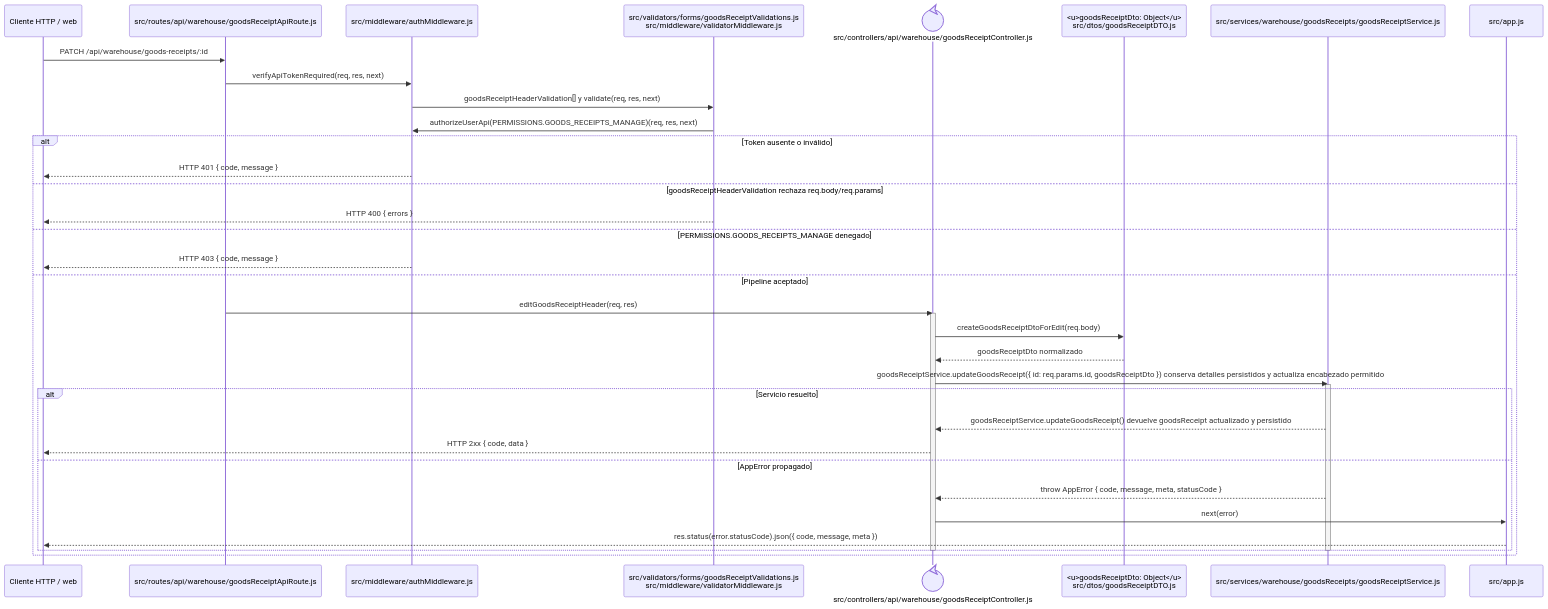
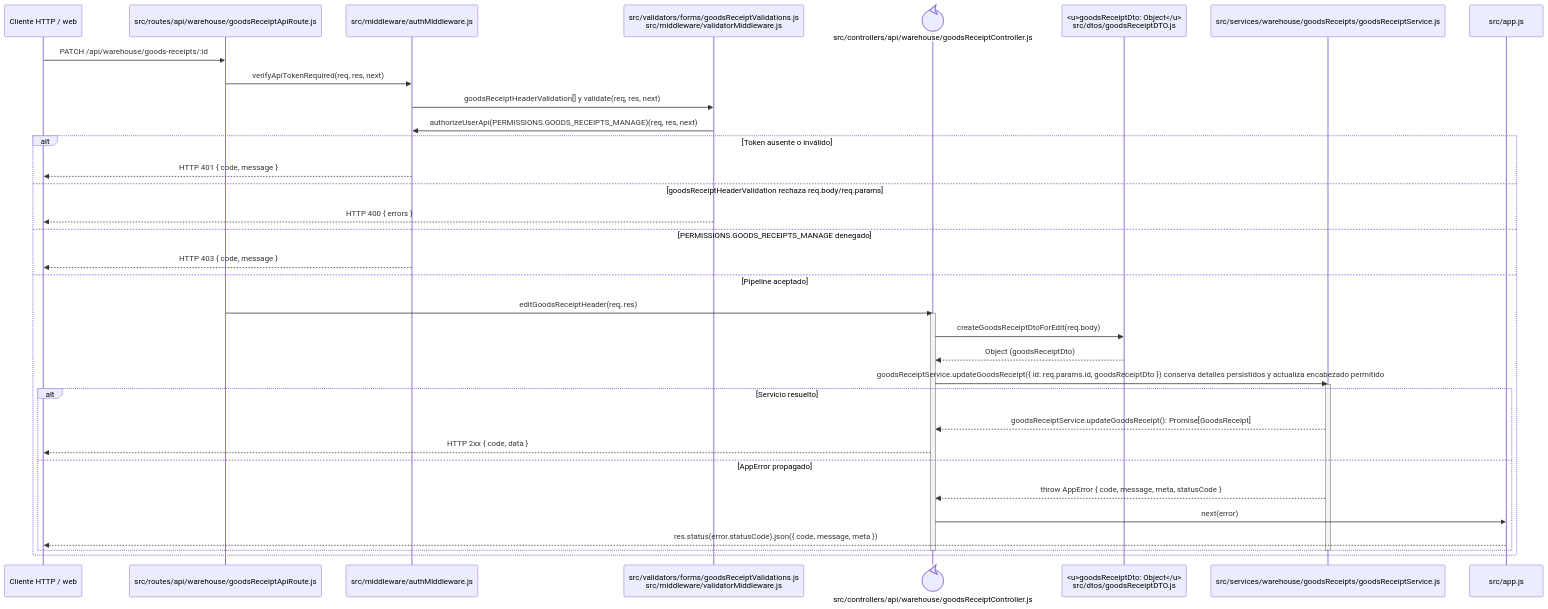
Before and after one commit to gpgsistemas01/nexus: the diagram in docs/architecture/backend-code-sequences/purchases/cu-ent-03.md, drawn with Mermaid. The commit also changed 146 other files, not shown here.

````diff
--- a/docs/architecture/backend-code-sequences/purchases/cu-ent-03.md
+++ b/docs/architecture/backend-code-sequences/purchases/cu-ent-03.md
@@ -6,40 +6,40 @@
 ```mermaid
 sequenceDiagram
     participant Client as Cliente HTTP / web
     participant Route as src/routes/api/warehouse/goodsReceiptApiRoute.js
     participant Auth as src/middleware/authMiddleware.js
     participant Validator as src/validators/forms/goodsReceiptValidations.js<br/>src/middleware/validatorMiddleware.js
     participant Controller@{ "type": "control" } as src/controllers/api/warehouse/goodsReceiptController.js
     participant ReceiptDto as <u>goodsReceiptDto: Object</u><br/>src/dtos/goodsReceiptDTO.js
     participant Domain as src/services/warehouse/goodsReceipts/goodsReceiptService.js
     participant ErrorHandler as src/app.js
 
     Client->>Route: PATCH /api/warehouse/goods-receipts/:id
     Route->>Auth: verifyApiTokenRequired(req, res, next)
     Auth->>Validator: goodsReceiptHeaderValidation[] y validate(req, res, next)
     Validator->>Auth: authorizeUserApi(PERMISSIONS.GOODS_RECEIPTS_MANAGE)(req, res, next)
     alt Token ausente o inválido
         Auth-->>Client: HTTP 401 { code, message }
     else goodsReceiptHeaderValidation rechaza req.body/req.params
         Validator-->>Client: HTTP 400 { errors }
     else PERMISSIONS.GOODS_RECEIPTS_MANAGE denegado
         Auth-->>Client: HTTP 403 { code, message }
     else Pipeline aceptado
         Route->>Controller: editGoodsReceiptHeader(req, res)
         activate Controller
         Controller->>ReceiptDto: createGoodsReceiptDtoForEdit(req.body)
-        ReceiptDto-->>Controller: goodsReceiptDto normalizado
+        ReceiptDto-->>Controller: Object (goodsReceiptDto)
         Controller->>Domain: goodsReceiptService.updateGoodsReceipt({ id: req.params.id, goodsReceiptDto }) conserva detalles persistidos y actualiza encabezado permitido
         activate Domain
         alt Servicio resuelto
-            Domain-->>Controller: goodsReceiptService.updateGoodsReceipt() devuelve goodsReceipt actualizado y persistido
+            Domain-->>Controller: goodsReceiptService.updateGoodsReceipt(): Promise[GoodsReceipt]
             Controller-->>Client: HTTP 2xx { code, data }
         else AppError propagado
             Domain-->>Controller: throw AppError { code, message, meta, statusCode }
             Controller->>ErrorHandler: next(error)
             ErrorHandler-->>Client: res.status(error.statusCode).json({ code, message, meta })
         end
         deactivate Domain
         deactivate Controller
     end
 ```
````
